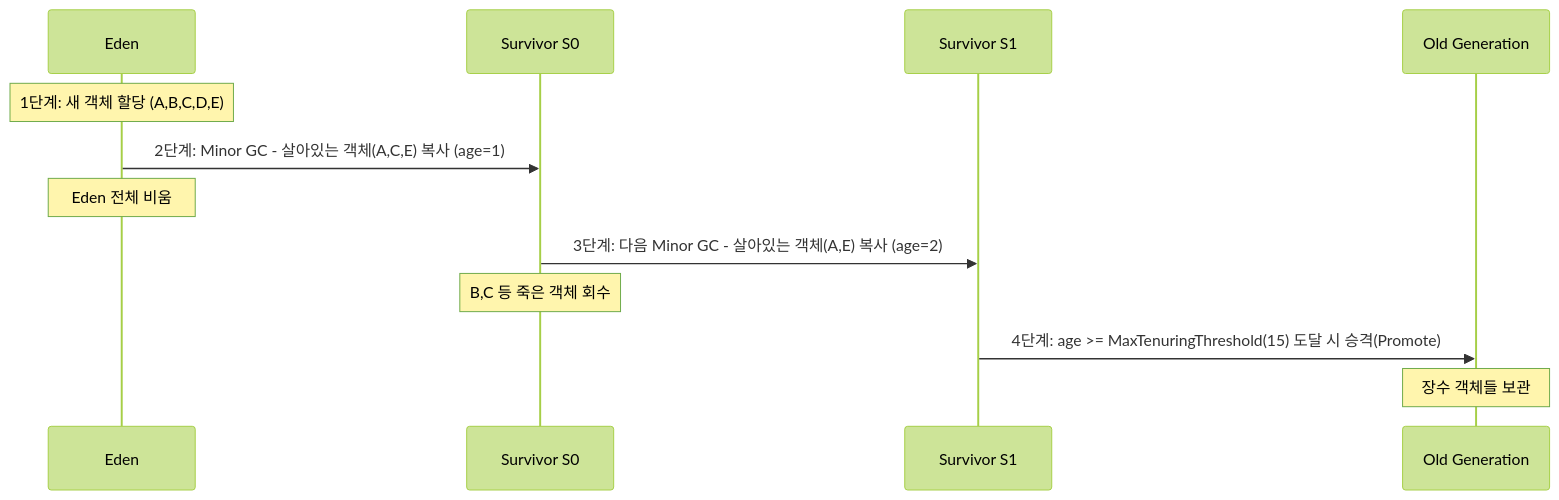
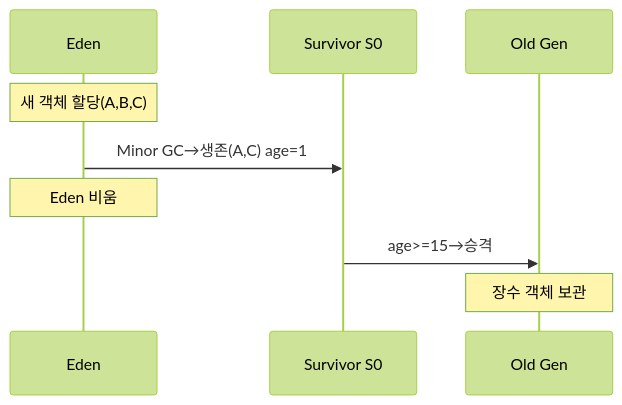
The tenth of 29 diagrams in _posts/java/2026-05-01-java-garbage-collector.md (yjkim2015/yjkim2015.github.io), drawn with Mermaid (forest theme) before and after one commit. The commit also changed other lines of this file and 48 other files, not shown here.

First line of the commit message:
Mermaid 최종 47건 수정: participant/노드/줄수/라벨 전부 기준 이하

````diff
--- a/_posts/java/2026-05-01-java-garbage-collector.md
+++ b/_posts/java/2026-05-01-java-garbage-collector.md
@@ -162,14 +162,11 @@
 ```mermaid
 sequenceDiagram
     participant Eden
     participant S0 as Survivor S0
-    participant S1 as Survivor S1
-    participant Old as Old Generation
-    Note over Eden: 1단계: 새 객체 할당 (A,B,C,D,E)
-    Eden->>S0: 2단계: Minor GC - 살아있는 객체(A,C,E) 복사 (age=1)
-    Note over Eden: Eden 전체 비움
-    S0->>S1: 3단계: 다음 Minor GC - 살아있는 객체(A,E) 복사 (age=2)
-    Note over S0: B,C 등 죽은 객체 회수
-    S1->>Old: 4단계: age >= MaxTenuringThreshold(15) 도달 시 승격(Promote)
-    Note over Old: 장수 객체들 보관
+    participant Old as Old Gen
+    Note over Eden: 새 객체 할당(A,B,C)
+    Eden->>S0: Minor GC→생존(A,C) age=1
+    Note over Eden: Eden 비움
+    S0->>Old: age>=15→승격
+    Note over Old: 장수 객체 보관
 ```
````
